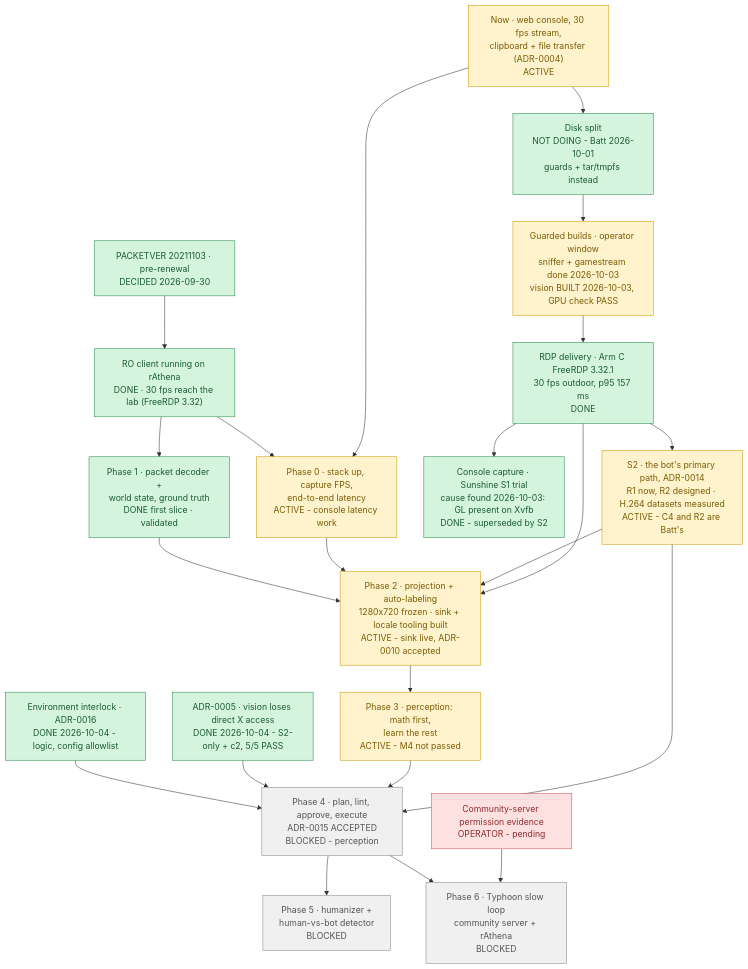
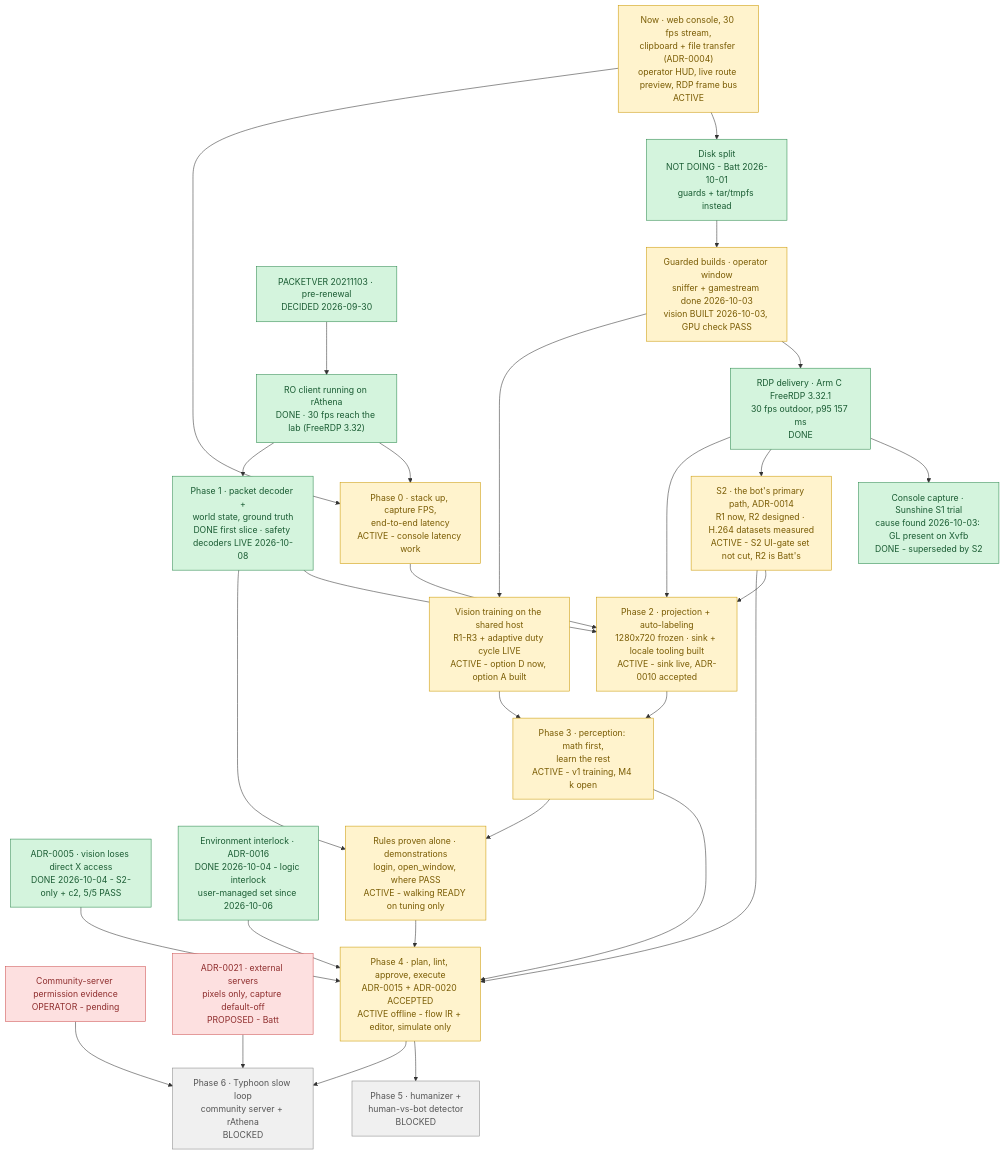
The diagram in docs/ROADMAP.md (lumduan/poring-lab), drawn with Mermaid before and after one commit. The commit also changed other lines of this file, not shown here.

````diff
--- a/docs/ROADMAP.md
+++ b/docs/ROADMAP.md
@@ -11,54 +11,63 @@
 ```mermaid
 flowchart TD
-    N1["Now · web console, 30 fps stream,<br/>clipboard + file transfer (ADR-0004)<br/>ACTIVE"]
+    N1["Now · web console, 30 fps stream,<br/>clipboard + file transfer (ADR-0004)<br/>operator HUD, live route preview, RDP frame bus<br/>ACTIVE"]
     N2["Disk split<br/>NOT DOING - Batt 2026-10-01<br/>guards + tar/tmpfs instead"]
     N3["Guarded builds · operator window<br/>sniffer + gamestream done 2026-10-03<br/>vision BUILT 2026-10-03, GPU check PASS"]
     D1["PACKETVER 20211103 · pre-renewal<br/>DECIDED 2026-09-30"]
     S1["RO client running on rAthena<br/>DONE · 30 fps reach the lab (FreeRDP 3.32)"]
     D2["ADR-0005 · vision loses direct X access<br/>DONE 2026-10-04 - S2-only + c2, 5/5 PASS"]
-    D3["Environment interlock · ADR-0016<br/>DONE 2026-10-04 - logic, config allowlist"]
+    D3["Environment interlock · ADR-0016<br/>DONE 2026-10-04 - logic interlock<br/>user-managed set since 2026-10-06"]
     E1["Community-server permission evidence<br/>OPERATOR - pending"]
+    D4["ADR-0021 · external servers<br/>pixels only, capture default-off<br/>PROPOSED - Batt"]
     P0["Phase 0 · stack up, capture FPS,<br/>end-to-end latency<br/>ACTIVE - console latency work"]
-    P1["Phase 1 · packet decoder +<br/>world state, ground truth<br/>DONE first slice · validated"]
+    P1["Phase 1 · packet decoder +<br/>world state, ground truth<br/>DONE first slice · safety decoders LIVE 2026-10-08"]
     H1["RDP delivery · Arm C FreeRDP 3.32.1<br/>30 fps outdoor, p95 157 ms<br/>DONE"]
     C1["Console capture · Sunshine S1 trial<br/>cause found 2026-10-03: GL present on Xvfb<br/>DONE - superseded by S2"]
-    S2["S2 · the bot's primary path, ADR-0014<br/>R1 now, R2 designed · H.264 datasets measured<br/>ACTIVE - C4 and R2 are Batt's"]
+    S2["S2 · the bot's primary path, ADR-0014<br/>R1 now, R2 designed · H.264 datasets measured<br/>ACTIVE - S2 UI-gate set not cut, R2 is Batt's"]
     P2["Phase 2 · projection + auto-labeling<br/>1280x720 frozen · sink + locale tooling built<br/>ACTIVE - sink live, ADR-0010 accepted"]
-    P3["Phase 3 · perception: math first,<br/>learn the rest<br/>ACTIVE - M4 not passed"]
-    P4["Phase 4 · plan, lint, approve, execute<br/>ADR-0015 ACCEPTED<br/>BLOCKED - perception"]
+    TR["Vision training on the shared host<br/>R1-R3 + adaptive duty cycle LIVE<br/>ACTIVE - option D now, option A built"]
+    P3["Phase 3 · perception: math first,<br/>learn the rest<br/>ACTIVE - v1 training, M4 k open"]
+    DM["Rules proven alone · demonstrations<br/>login, open_window, where PASS<br/>ACTIVE - walking READY on tuning only"]
+    P4["Phase 4 · plan, lint, approve, execute<br/>ADR-0015 + ADR-0020 ACCEPTED<br/>ACTIVE offline - flow IR + editor, simulate only"]
     P5["Phase 5 · humanizer +<br/>human-vs-bot detector<br/>BLOCKED"]
     P6["Phase 6 · Typhoon slow loop<br/>community server + rAthena<br/>BLOCKED"]
 
     N1 --> N2 --> N3
     N3 --> H1
+    N3 --> TR
     H1 --> C1
     H1 --> S2
     H1 --> P2
     S2 --> P2
     S2 --> P4
     D1 --> S1
     N1 --> P0
     S1 --> P0
     S1 --> P1
     P0 --> P2
     P1 --> P2
+    P1 --> DM
     P2 --> P3 --> P4
+    TR --> P3
+    P3 --> DM
+    DM --> P4
     D2 --> P4
     D3 --> P4
     E1 --> P6
+    D4 --> P6
     P4 --> P5
     P4 --> P6
 
     classDef done     fill:#d4f4dd,stroke:#2d8a4e,color:#1a5c33
     classDef active   fill:#fff3cd,stroke:#cc9a06,color:#7a5c04
     classDef ready    fill:#d6e9ff,stroke:#3b7dd8,color:#1e4d8f
     classDef blocked  fill:#f0f0f0,stroke:#888,color:#555
     classDef decision fill:#fde0e0,stroke:#d05555,color:#8f2e2e
     classDef goal     fill:#ede0fb,stroke:#8a5cd8,color:#4d2e8f
 
     class D1,S1,P1,N2,H1,C1,D2,D3 done
-    class N1,P0,P2,S2,N3 active
-    class E1 decision
-    class P4,P5,P6 blocked
+    class N1,P0,P2,S2,N3,TR,DM,P4 active
+    class E1,D4 decision
+    class P5,P6 blocked
     class P3 active
 ```
````
